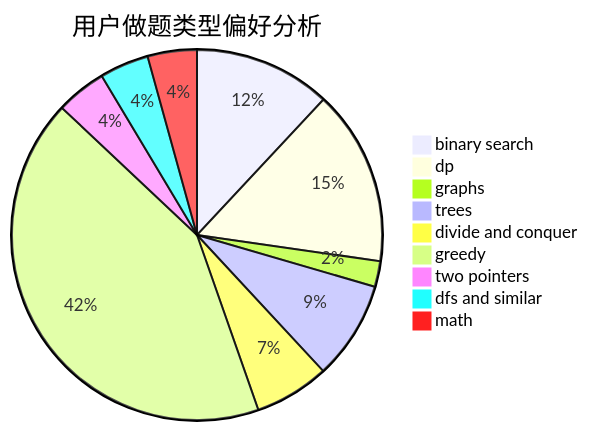
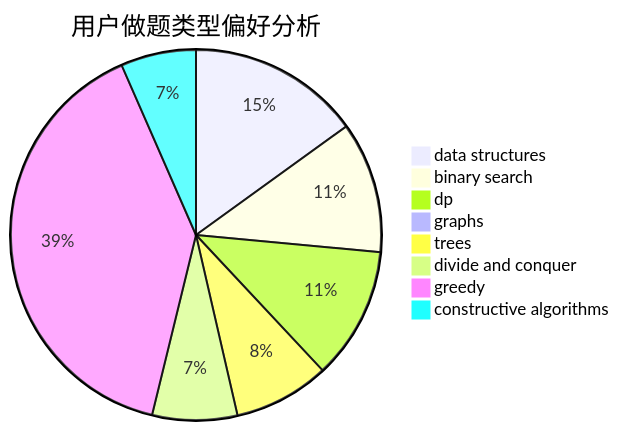
One commit to sherpahu/cfrs.github.io changed the second of 3 diagrams in docs/user/u19.md. Above: the diagram before and after it, drawn with Mermaid. The commit also changed other lines of this file and 2775 other files, not shown here.

````diff
--- a/docs/user/u19.md
+++ b/docs/user/u19.md
@@ -23,12 +23,11 @@
 ```mermaid
 pie title 用户做题类型偏好分析
-    "binary search" :  128
-    "dp" :  164
-    "graphs" :  24
-    "trees" :  92
+    "data structures" :  142
+    "binary search" :  108
+    "dp" :  109
+    "graphs" :  6
+    "trees" :  79
     "divide and conquer" :  70
-    "greedy" :  454
-    "two pointers" :  47
-    "dfs and similar" :  46
-    "math" :  46
+    "greedy" :  374
+    "constructive algorithms" :  62
 ```
````
